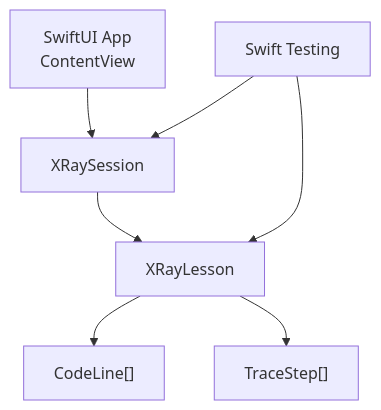
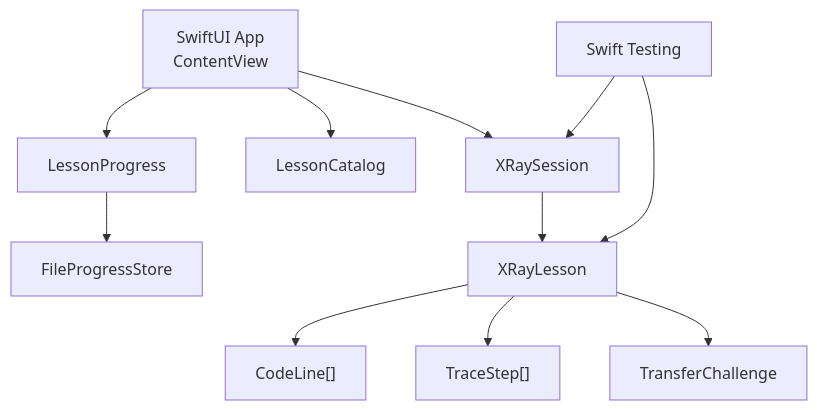
Before and after one commit to ataanuysal/softgrillmeapp: the third of 3 diagrams in DESIGN.md, drawn with Mermaid. The commit also changed other lines of this file and 17 other files, not shown here.

Commit message:
Add lesson roadmap and transfer challenges

````diff
--- a/DESIGN.md
+++ b/DESIGN.md
@@ -154,9 +159,13 @@
 ```mermaid
 flowchart TD
   UI["SwiftUI App<br/>ContentView"] --> Session["XRaySession"]
+  UI --> Catalog["LessonCatalog"]
+  UI --> Progress["LessonProgress"]
+  Progress --> Store["FileProgressStore"]
   Session --> Lesson["XRayLesson"]
   Lesson --> Code["CodeLine[]"]
   Lesson --> Trace["TraceStep[]"]
+  Lesson --> Transfer["TransferChallenge"]
   Tests["Swift Testing"] --> Session
   Tests --> Lesson
 ```
````
